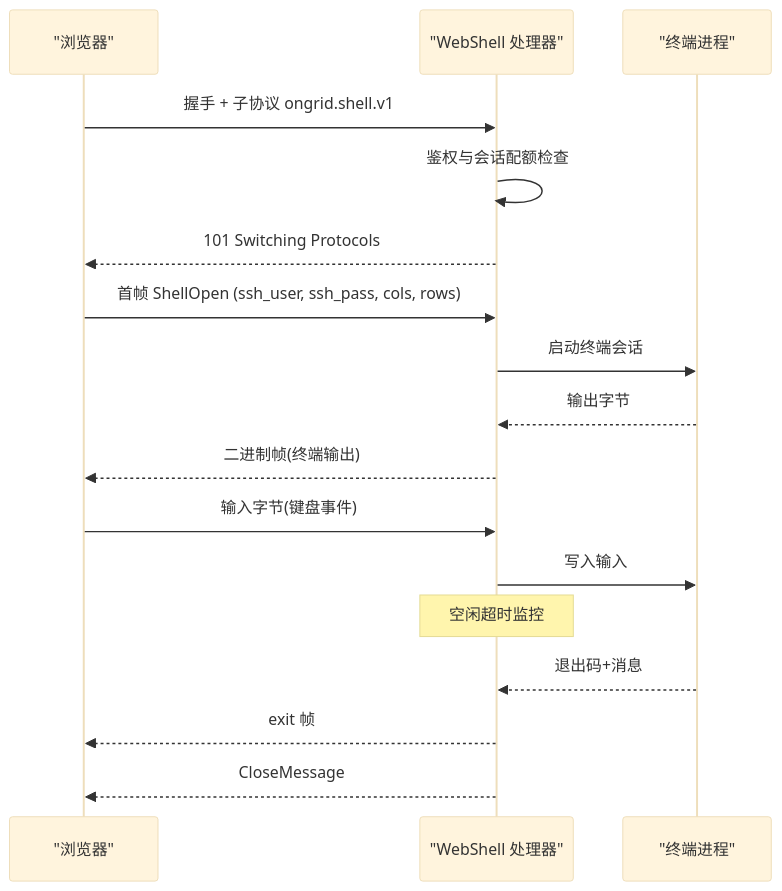
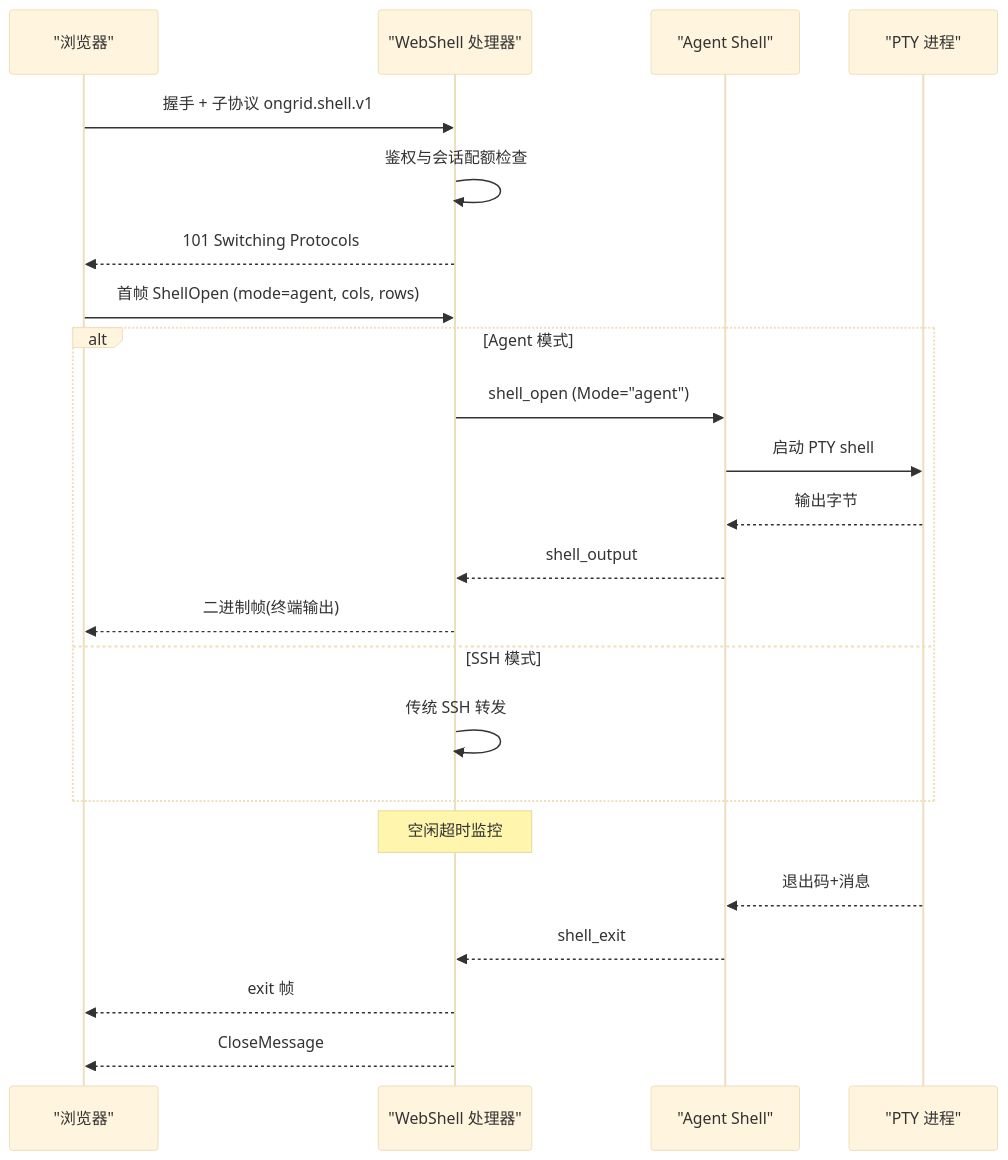
Before and after one commit to xied1133-oss/ongrid: the fourth of 7 diagrams in .qoder/repowiki/zh/content/架构设计/通信协议设计/通信协议设计.md, drawn with Mermaid (base theme). The commit also changed other lines of this file and 131 other files, not shown here.

````diff
--- a/.qoder/repowiki/zh/content/架构设计/通信协议设计/通信协议设计.md
+++ b/.qoder/repowiki/zh/content/架构设计/通信协议设计/通信协议设计.md
@@ -170,19 +194,25 @@
 ```mermaid
 sequenceDiagram
 participant FE as "浏览器"
 participant WS as "WebShell 处理器"
-participant Term as "终端进程"
+participant Agent as "Agent Shell"
+participant PTY as "PTY 进程"
 FE->>WS : 握手 + 子协议 ongrid.shell.v1
 WS->>WS : 鉴权与会话配额检查
 WS-->>FE : 101 Switching Protocols
-FE->>WS : 首帧 ShellOpen (ssh_user, ssh_pass, cols, rows)
-WS->>Term : 启动终端会话
-Term-->>WS : 输出字节
+FE->>WS : 首帧 ShellOpen (mode=agent, cols, rows)
+alt Agent 模式
+WS->>Agent : shell_open (Mode="agent")
+Agent->>PTY : 启动 PTY shell
+PTY-->>Agent : 输出字节
+Agent-->>WS : shell_output
 WS-->>FE : 二进制帧(终端输出)
-FE->>WS : 输入字节(键盘事件)
-WS->>Term : 写入输入
+else SSH 模式
+WS->>WS : 传统 SSH 转发
+end
 Note over WS : 空闲超时监控
-Term-->>WS : 退出码+消息
+PTY-->>Agent : 退出码+消息
+Agent-->>WS : shell_exit
 WS-->>FE : exit 帧
 WS-->>FE : CloseMessage
 ```
````
